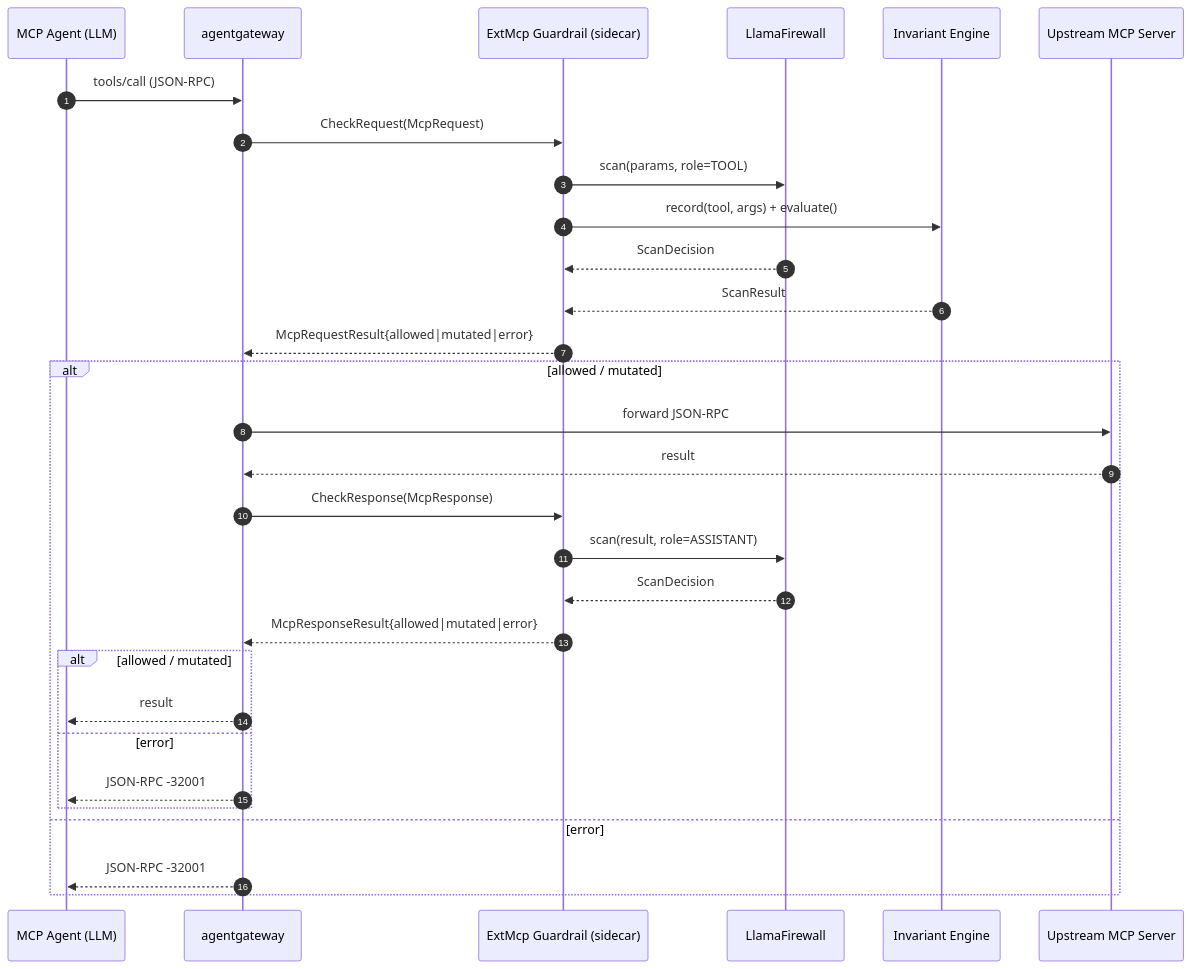
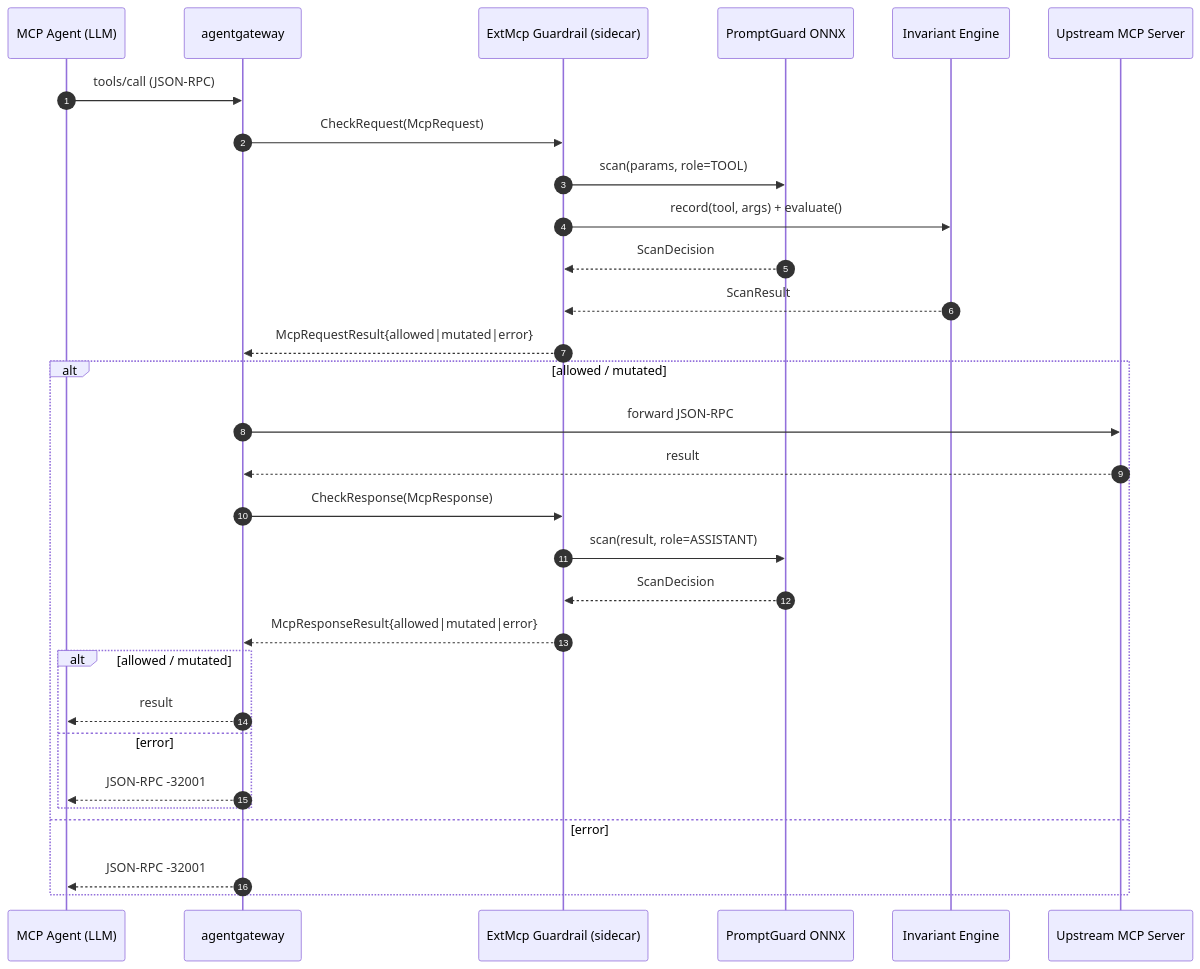
Before and after one commit to soulwhisper/mcp-guardrails: the first of 2 diagrams in README.md, drawn with Mermaid. The commit also changed other lines of this file and 4 other files, not shown here.

First line of the commit message:
docs: clean up deprecated LlamaFirewall/torch references across all markdown docs

````diff
--- a/README.md
+++ b/README.md
@@ -36,33 +36,33 @@
 ```mermaid
 sequenceDiagram
     autonumber
     participant Agent as MCP Agent (LLM)
     participant GW as agentgateway
     participant Sidecar as ExtMcp Guardrail (sidecar)
-    participant LF as LlamaFirewall
+    participant PG as PromptGuard ONNX
     participant INV as Invariant Engine
     participant MCP as Upstream MCP Server
 
     Agent->>GW: tools/call (JSON-RPC)
     GW->>Sidecar: CheckRequest(McpRequest)
-    Sidecar->>LF: scan(params, role=TOOL)
+    Sidecar->>PG: scan(params, role=TOOL)
     Sidecar->>INV: record(tool, args) + evaluate()
-    LF-->>Sidecar: ScanDecision
+    PG-->>Sidecar: ScanDecision
     INV-->>Sidecar: ScanResult
     Sidecar-->>GW: McpRequestResult{allowed|mutated|error}
     alt allowed / mutated
         GW->>MCP: forward JSON-RPC
         MCP-->>GW: result
         GW->>Sidecar: CheckResponse(McpResponse)
-        Sidecar->>LF: scan(result, role=ASSISTANT)
-        LF-->>Sidecar: ScanDecision
+        Sidecar->>PG: scan(result, role=ASSISTANT)
+        PG-->>Sidecar: ScanDecision
         Sidecar-->>GW: McpResponseResult{allowed|mutated|error}
         alt allowed / mutated
             GW-->>Agent: result
         else error
             GW-->>Agent: JSON-RPC -32001
         end
     else error
         GW-->>Agent: JSON-RPC -32001
     end
 ```
````
